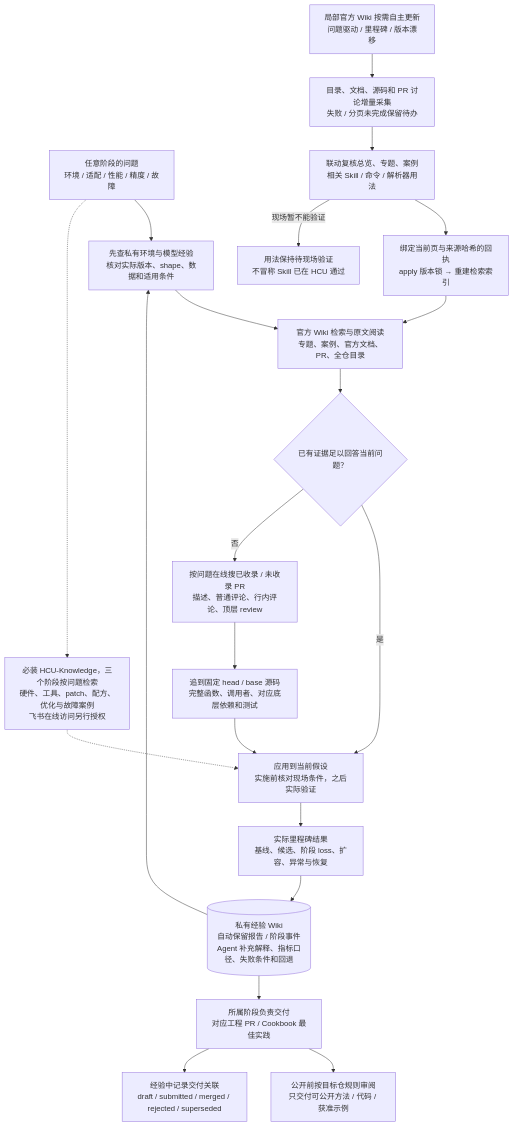
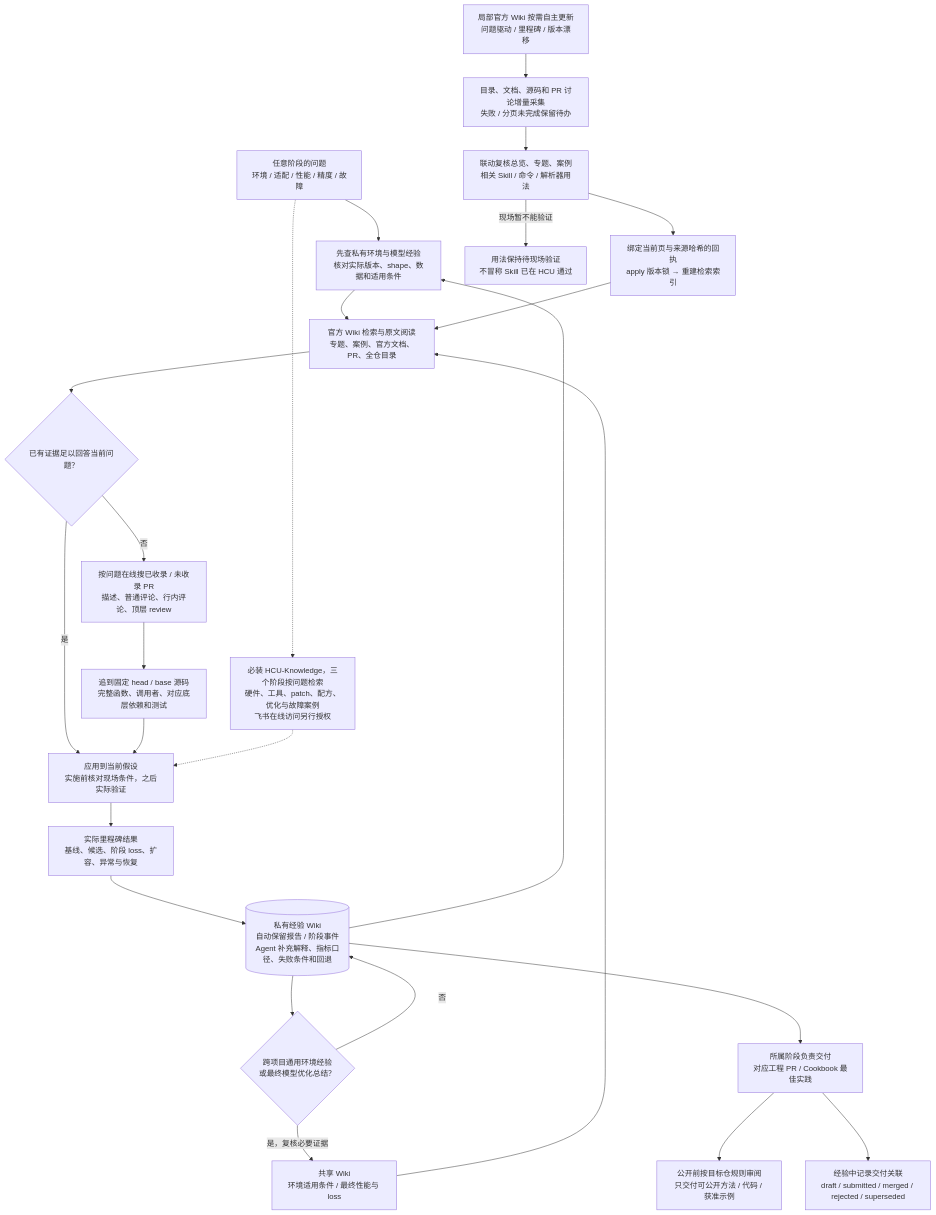
One commit to yuguo-Jack/HCU-TrainFlow changed diagram 12 of 12 in docs/workflow-map.md. Above: the diagram before and after it, drawn with Mermaid. The commit also changed other lines of this file and 63 other files, not shown here.

````diff
--- a/docs/workflow-map.md
+++ b/docs/workflow-map.md
@@ -366,23 +366,27 @@
 ```mermaid
 flowchart TD
     PROB["任意阶段的问题<br/>环境 / 适配 / 性能 / 精度 / 故障"] --> EXP["先查私有环境与模型经验<br/>核对实际版本、shape、数据和适用条件"]
     EXP --> LOCAL["官方 Wiki 检索与原文阅读<br/>专题、案例、官方文档、PR、全仓目录"]
     LOCAL --> ANSWER{"已有证据足以回答当前问题？"}
     ANSWER -->|是| USE["应用到当前假设<br/>实施前核对现场条件，之后实际验证"]
     ANSWER -->|否| PR["按问题在线搜已收录 / 未收录 PR<br/>描述、普通评论、行内评论、顶层 review"]
     PR --> CODE["追到固定 head / base 源码<br/>完整函数、调用者、对应底层依赖和测试"]
     CODE --> USE
     PROB -.-> HCU["必装 HCU-Knowledge，三个阶段按问题检索<br/>硬件、工具、patch、配方、优化与故障案例<br/>飞书在线访问另行授权"]
     HCU -.-> USE
     USE --> RESULT["实际里程碑结果<br/>基线、候选、阶段 loss、扩容、异常与恢复"]
     RESULT --> PRIVATE[("私有经验 Wiki<br/>自动保留报告 / 阶段事件<br/>Agent 补充解释、指标口径、失败条件和回退")]
     PRIVATE --> EXP
+    PRIVATE --> CURATE{"跨项目通用环境经验<br/>或最终模型优化总结？"}
+    CURATE -->|是，复核必要证据| SHARED["共享 Wiki<br/>环境适用条件 / 最终性能与 loss"]
+    CURATE -->|否| PRIVATE
+    SHARED --> LOCAL
     PRIVATE --> DELIVERY["所属阶段负责交付<br/>对应工程 PR / Cookbook 最佳实践"]
     DELIVERY --> PUBLIC["公开前按目标仓规则审阅<br/>只交付可公开方法 / 代码 / 获准示例"]
     DELIVERY --> TRACK["经验中记录交付关联<br/>draft / submitted / merged / rejected / superseded"]
     REFRESH["局部官方 Wiki 按需自主更新<br/>问题驱动 / 里程碑 / 版本漂移"] --> FETCH["目录、文档、源码和 PR 讨论增量采集<br/>失败 / 分页未完成保留待办"]
     FETCH --> IMPACT["联动复核总览、专题、案例<br/>相关 Skill / 命令 / 解析器用法"]
     IMPACT --> APPLY["绑定当前页与来源哈希的回执<br/>apply 版本锁 → 重建检索索引"]
     APPLY --> LOCAL
     IMPACT -->|现场暂不能验证| PENDING["用法保持待现场验证<br/>不冒称 Skill 已在 HCU 通过"]
 ```
````
